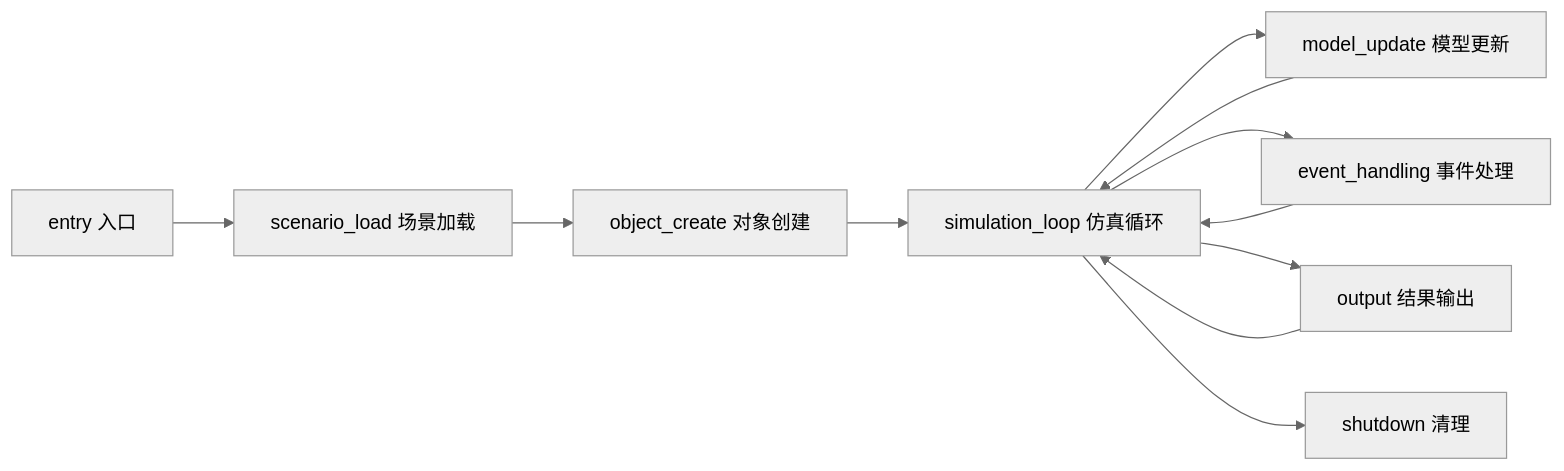
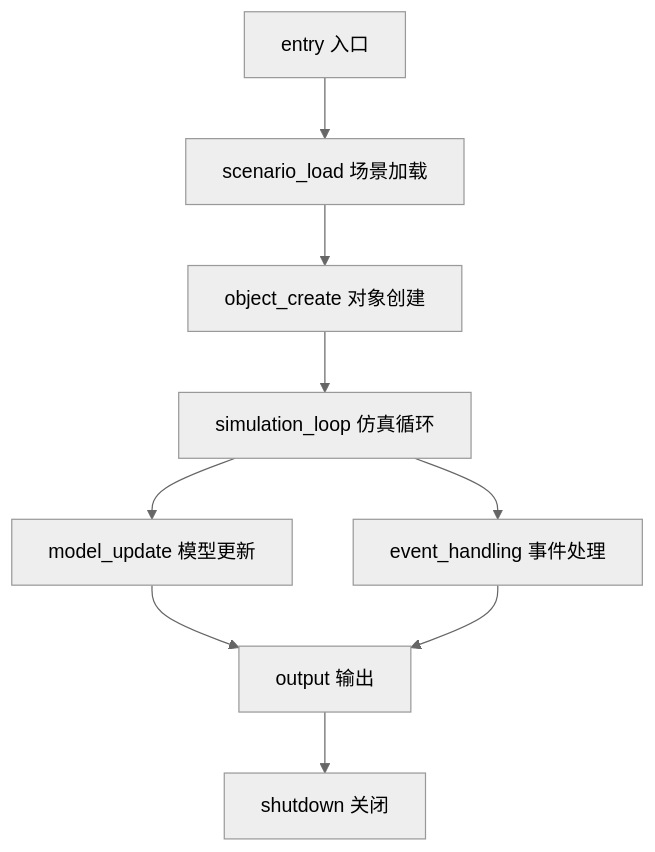
Before and after one commit to huaren990-bot/afsim-analysis-skill-project: the third of 5 diagrams in docs/architecture/afsim-architecture.md, drawn with Mermaid (neutral theme). The commit also changed other lines of this file and 223 other files, not shown here.

````diff
--- a/docs/architecture/afsim-architecture.md
+++ b/docs/architecture/afsim-architecture.md
@@ -96,13 +100,11 @@
 ```mermaid
-flowchart LR
-    A[entry 入口] --> B[scenario_load 场景加载]
-    B --> C[object_create 对象创建]
-    C --> D[simulation_loop 仿真循环]
-    D --> E[model_update 模型更新]
-    D --> F[event_handling 事件处理]
-    D --> G[output 结果输出]
-    E --> D
-    F --> D
-    G --> D
-    D --> H[shutdown 清理]
+graph TD
+  A["entry 入口"] --> B["scenario_load 场景加载"]
+  B --> C["object_create 对象创建"]
+  C --> D["simulation_loop 仿真循环"]
+  D --> E["model_update 模型更新"]
+  D --> F["event_handling 事件处理"]
+  E --> G["output 输出"]
+  F --> G
+  G --> H["shutdown 关闭"]
 ```
````
